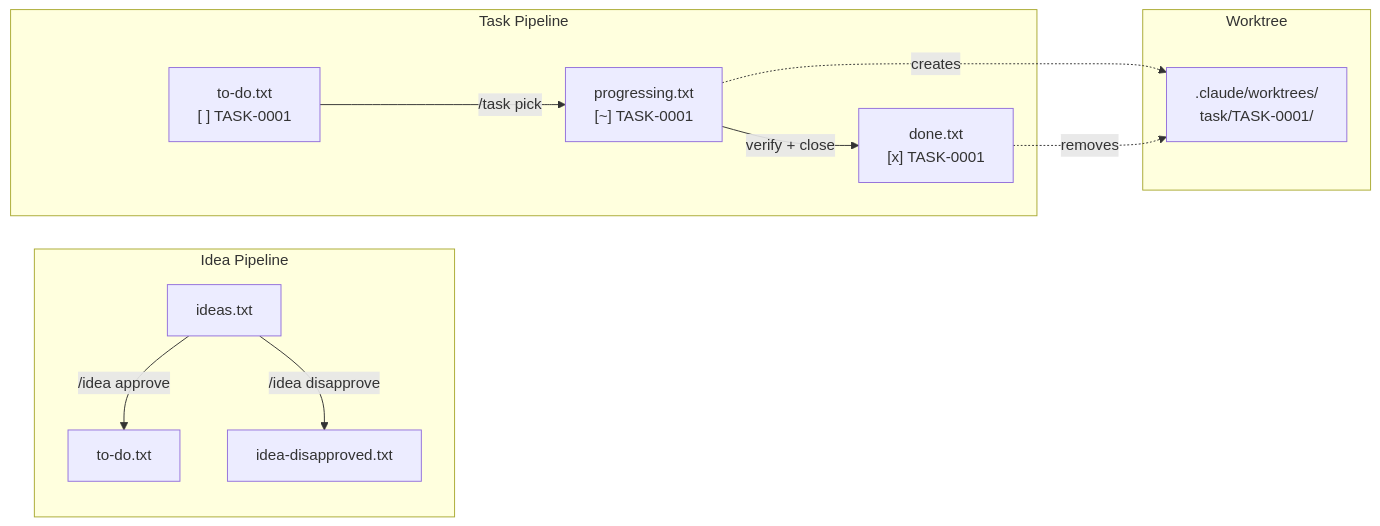
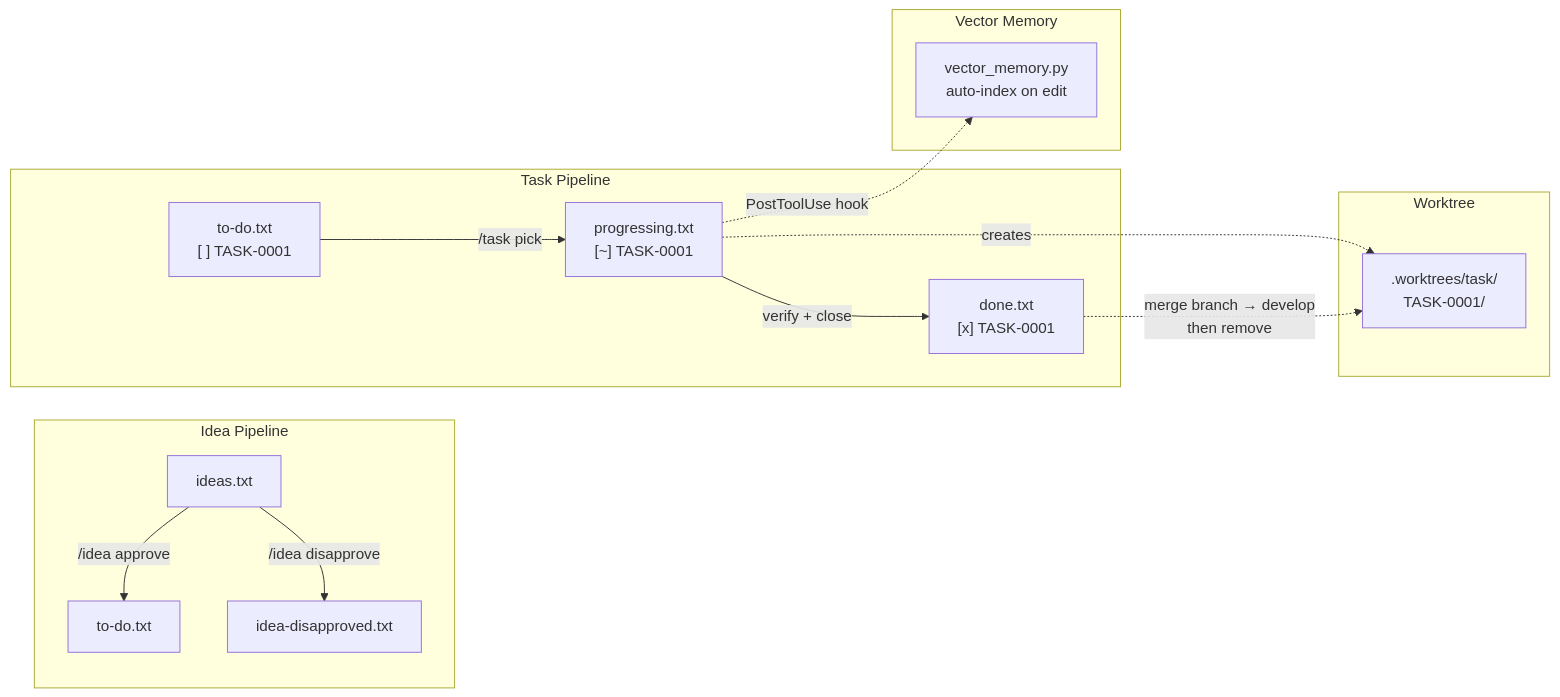
The second of 8 diagrams in docs/architecture.md (dnviti/claude-task-development-framework), drawn with Mermaid before and after one commit. The commit also changed other lines of this file and 12 other files, not shown here.

````diff
--- a/docs/architecture.md
+++ b/docs/architecture.md
@@ -211,17 +267,21 @@
 ```mermaid
 flowchart LR
     subgraph "Idea Pipeline"
         I1["ideas.txt"] -->|"/idea approve"| I2["to-do.txt"]
         I1 -->|"/idea disapprove"| I3["idea-disapproved.txt"]
     end
 
     subgraph "Task Pipeline"
         T1["to-do.txt<br>[ ] TASK-0001"] -->|"/task pick"| T2["progressing.txt<br>[~] TASK-0001"]
         T2 -->|"verify + close"| T3["done.txt<br>[x] TASK-0001"]
     end
 
     subgraph "Worktree"
-        T2 -.->|"creates"| W[".claude/worktrees/<br>task/TASK-0001/"]
-        T3 -.->|"removes"| W
+        T2 -.->|"creates"| W[".worktrees/task/<br>TASK-0001/"]
+        T3 -.->|"merge branch → develop<br>then remove"| W
+    end
+
+    subgraph "Vector Memory"
+        T2 -.->|"PostToolUse hook"| VM["vector_memory.py<br>auto-index on edit"]
     end
 ```
````
